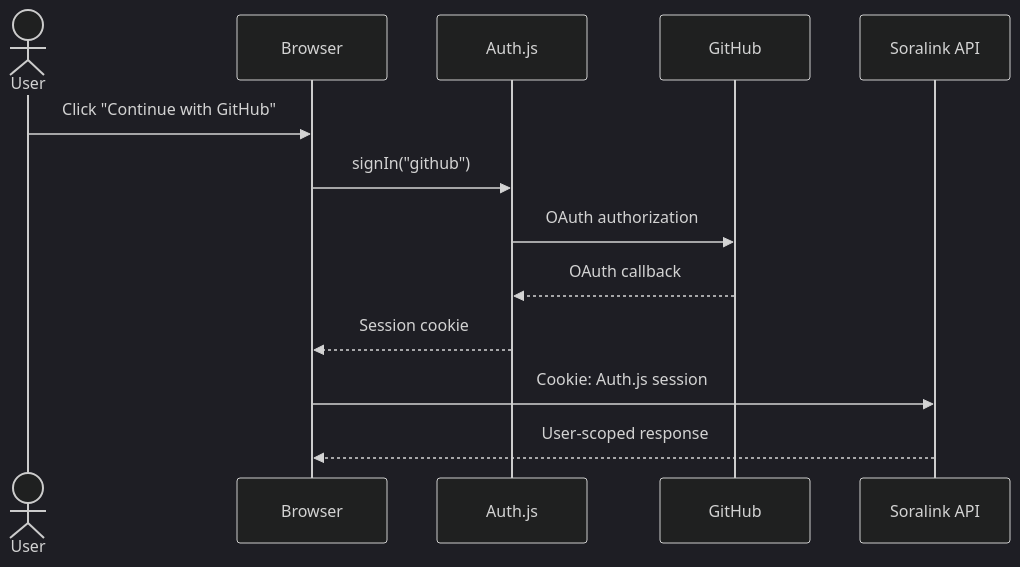
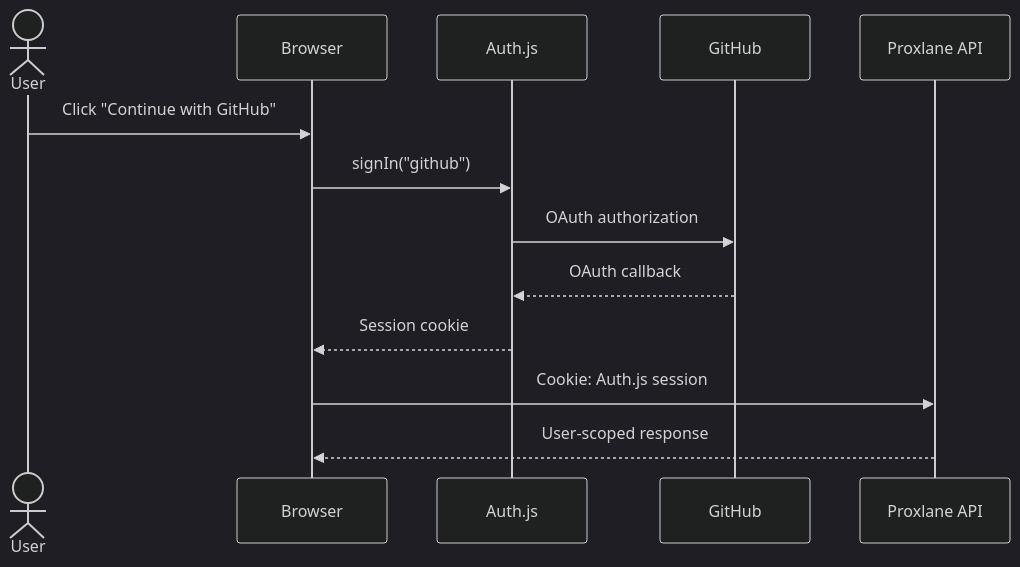
Before and after one commit to yuzu-krs/proxlane-support: the third of 3 diagrams in docs/technical-spec.md, drawn with Mermaid (dark theme). The commit also changed other lines of this file and 7 other files, not shown here.

````diff
--- a/docs/technical-spec.md
+++ b/docs/technical-spec.md
@@ -401,16 +400,16 @@
 ```mermaid
 sequenceDiagram
     actor User
     participant Browser
     participant Auth as Auth.js
     participant GitHub
-    participant API as Soralink API
+    participant API as Proxlane API
 
     User->>Browser: Click "Continue with GitHub"
     Browser->>Auth: signIn("github")
     Auth->>GitHub: OAuth authorization
     GitHub-->>Auth: OAuth callback
     Auth-->>Browser: Session cookie
     Browser->>API: Cookie: Auth.js session
     API-->>Browser: User-scoped response
 ```
````
